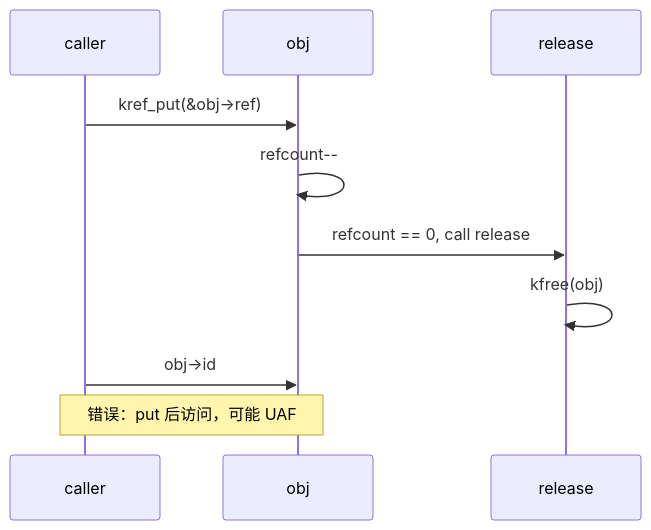
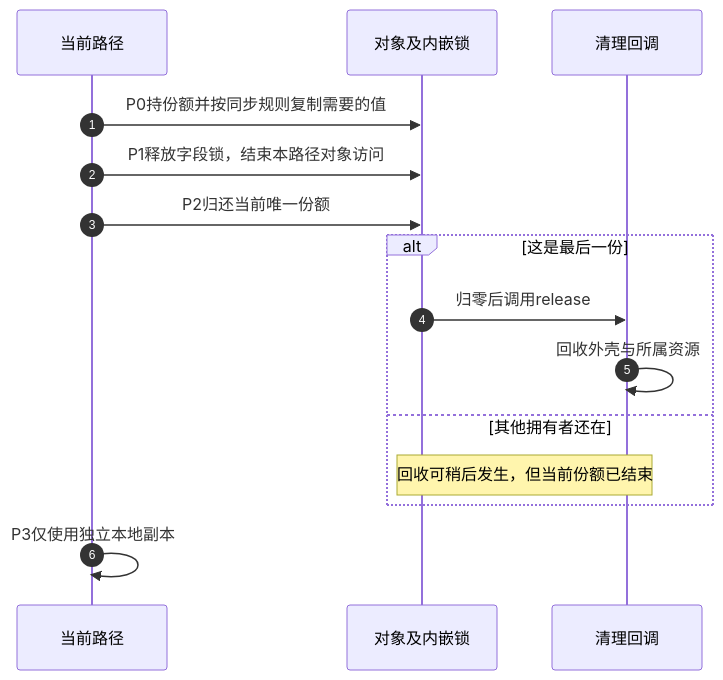
One commit to FormingSystem/linux_note changed the fourth of 14 diagrams in knowledge/linux/object_lifetime/kref/P12_典型错误模式与调试线索.md. Above: the diagram before and after it, drawn with Mermaid. The commit also changed other lines of this file and 12 other files, not shown here.

````diff
--- a/knowledge/linux/object_lifetime/kref/P12_典型错误模式与调试线索.md
+++ b/knowledge/linux/object_lifetime/kref/P12_典型错误模式与调试线索.md
@@ -607,13 +501,17 @@
 ```mermaid
 sequenceDiagram
-    participant Caller as caller
-    participant Obj as obj
-    participant Release as release
-
-    Caller->>Obj: kref_put(&obj->ref)
-    Obj->>Obj: refcount--
-    Obj->>Release: refcount == 0, call release
-    Release->>Release: kfree(obj)
-    Caller->>Obj: obj->id
-    Note over Caller,Obj: 错误：put 后访问，可能 UAF
+    autonumber
+    participant C as 当前路径
+    participant O as 对象及内嵌锁
+    participant R as 清理回调
+    C->>O: P0持份额并按同步规则复制需要的值
+    C->>O: P1释放字段锁，结束本路径对象访问
+    C->>O: P2归还当前唯一份额
+    alt 这是最后一份
+        O->>R: 归零后调用release
+        R->>R: 回收外壳与所属资源
+    else 其他拥有者还在
+        Note over O,R: 回收可稍后发生，但当前份额已结束
+    end
+    C->>C: P3仅使用独立本地副本
 ```
````
